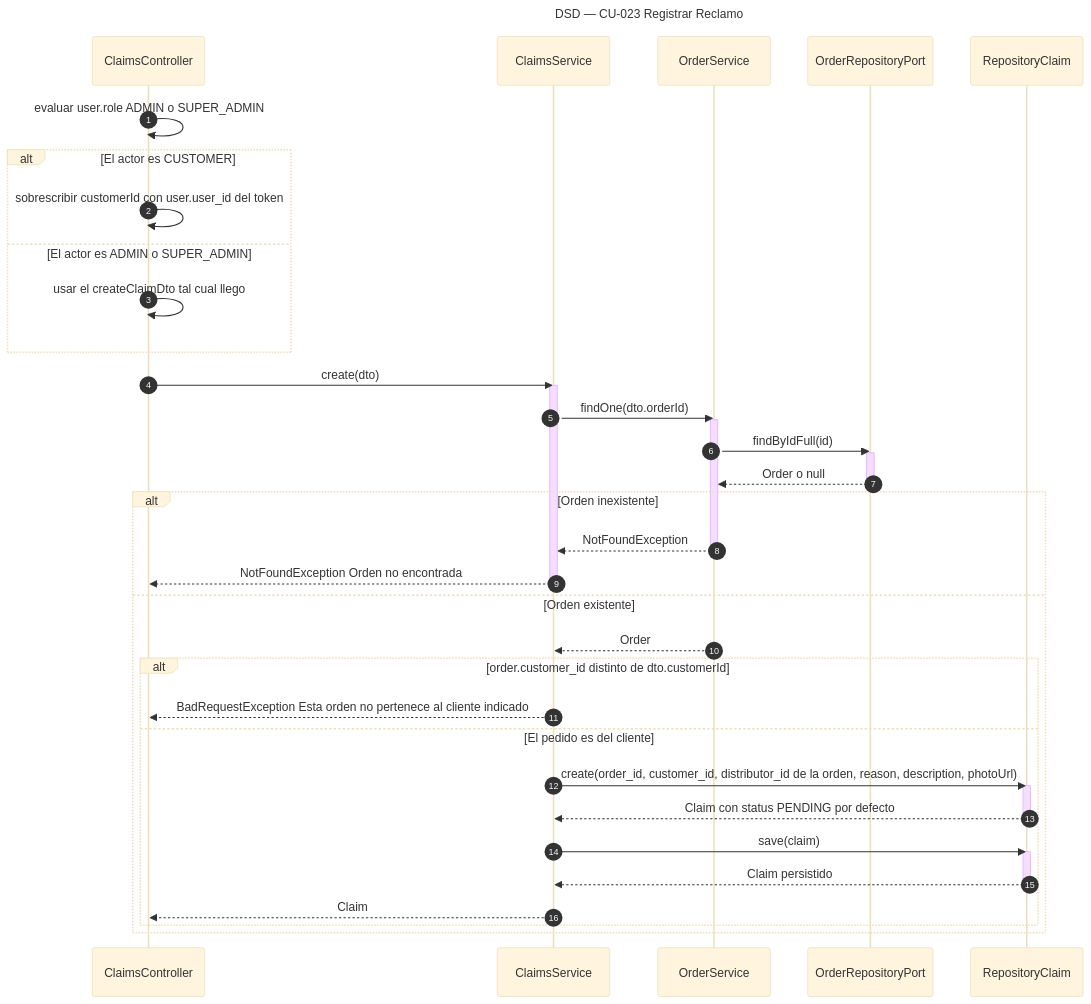
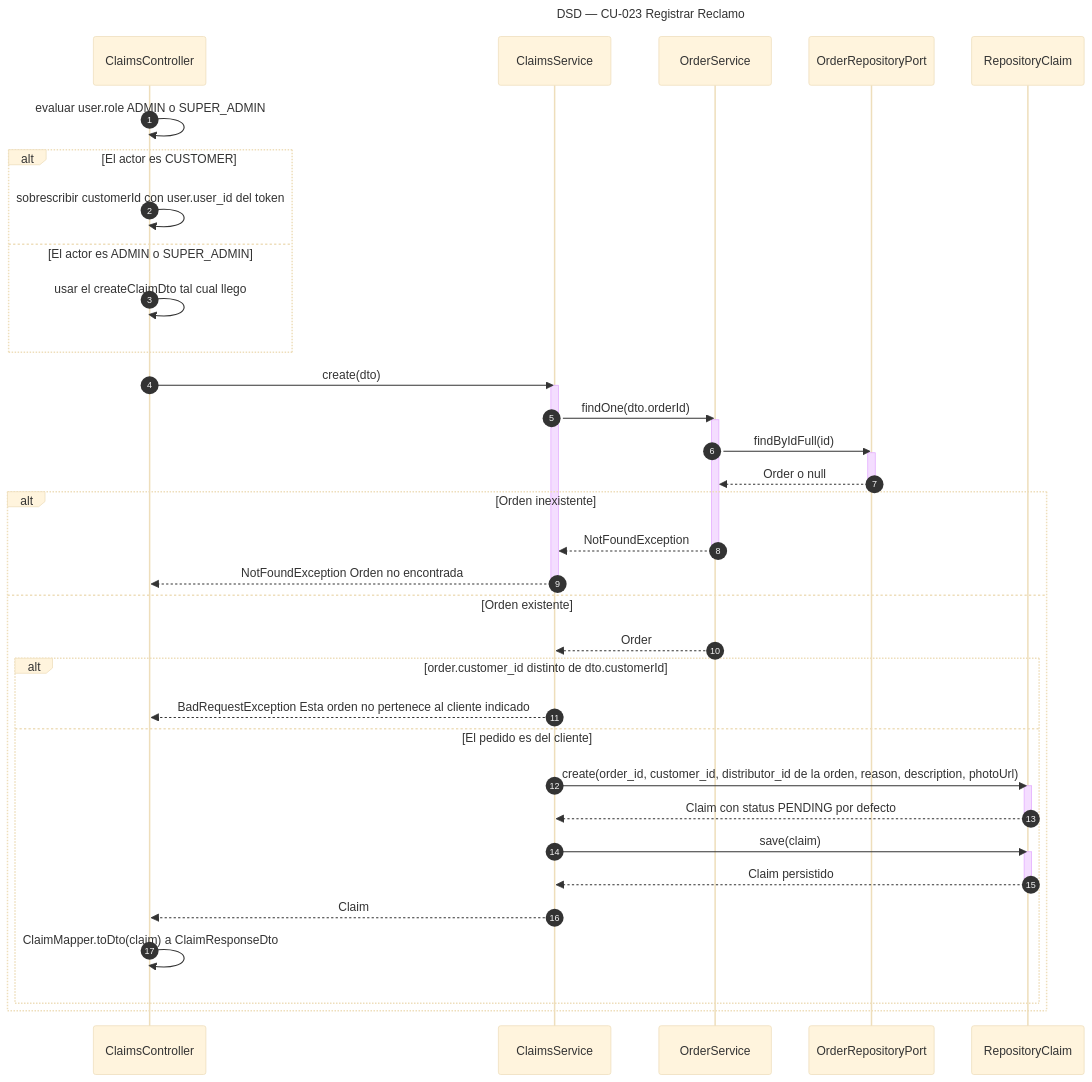
The diagram in diagramas/DSD_CU-023_Registrar-Reclamo.mmd (Nahuelito-Dev/splg-docs), drawn with Mermaid (base theme) before and after one commit. The commit also changed 4 other files, not shown here.

Commit message:
docs(dsd): reclamos con ClaimResponseDto

```diff
--- a/diagramas/DSD_CU-023_Registrar-Reclamo.mmd
+++ b/diagramas/DSD_CU-023_Registrar-Reclamo.mmd
@@ -1,44 +1,45 @@
 sequenceDiagram
     title DSD — CU-023 Registrar Reclamo
     autonumber
     participant CTRL as ClaimsController
     participant SRV as ClaimsService
     participant OSRV as OrderService
     participant OREP as OrderRepositoryPort
     participant CREP as RepositoryClaim
 
     CTRL->>CTRL: evaluar user.role ADMIN o SUPER_ADMIN
     alt El actor es CUSTOMER
         CTRL->>CTRL: sobrescribir customerId con user.user_id del token
     else El actor es ADMIN o SUPER_ADMIN
         CTRL->>CTRL: usar el createClaimDto tal cual llego
     end
     CTRL->>SRV: create(dto)
     activate SRV
     SRV->>OSRV: findOne(dto.orderId)
     activate OSRV
     OSRV->>OREP: findByIdFull(id)
     activate OREP
     OREP-->>OSRV: Order o null
     deactivate OREP
     alt Orden inexistente
         OSRV-->>SRV: NotFoundException
         deactivate OSRV
         SRV-->>CTRL: NotFoundException Orden no encontrada
         deactivate SRV
     else Orden existente
         OSRV-->>SRV: Order
         alt order.customer_id distinto de dto.customerId
             SRV-->>CTRL: BadRequestException Esta orden no pertenece al cliente indicado
         else El pedido es del cliente
             SRV->>CREP: create(order_id, customer_id, distributor_id de la orden, reason, description, photoUrl)
             activate CREP
             CREP-->>SRV: Claim con status PENDING por defecto
             deactivate CREP
             SRV->>CREP: save(claim)
             activate CREP
             CREP-->>SRV: Claim persistido
             deactivate CREP
             SRV-->>CTRL: Claim
+            CTRL->>CTRL: ClaimMapper.toDto(claim) a ClaimResponseDto
         end
     end
```
